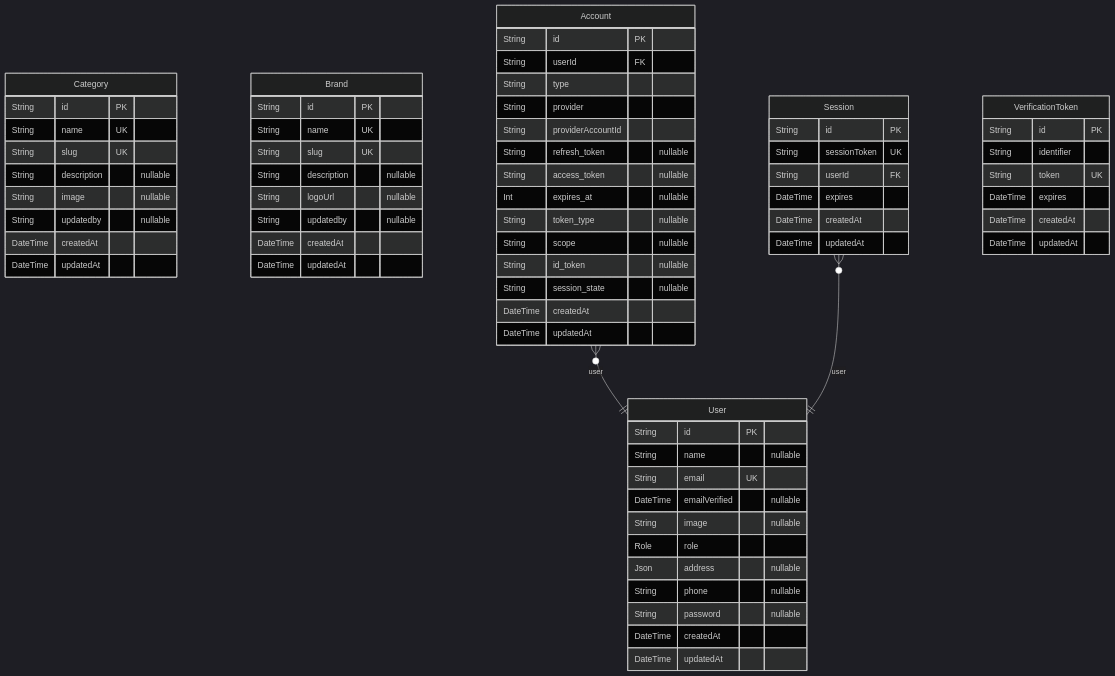
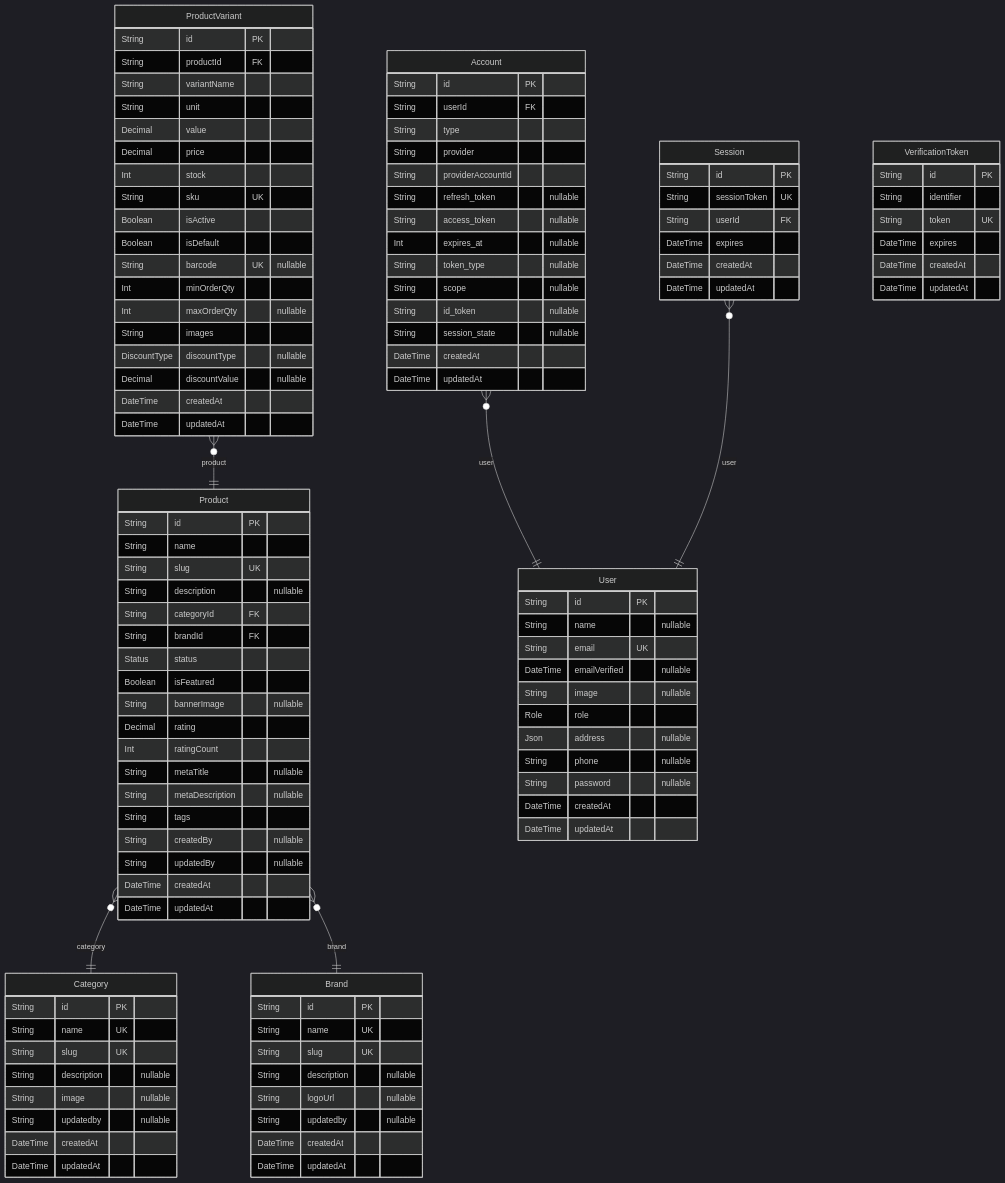
Before and after one commit to jjaijg/ssb-store: the diagram in prisma/ERD.md, drawn with Mermaid (dark theme). The commit also changed other lines of this file and 3 other files, not shown here.

Commit message:
Added producy prisma schema and seed data

````diff
--- a/prisma/ERD.md
+++ b/prisma/ERD.md
@@ -23,6 +23,46 @@
   String description "nullable"
   String logoUrl "nullable"
   String updatedby "nullable"
+  DateTime createdAt
+  DateTime updatedAt
+}
+"Product" {
+  String id PK
+  String name
+  String slug UK
+  String description "nullable"
+  String categoryId FK
+  String brandId FK
+  Status status
+  Boolean isFeatured
+  String bannerImage "nullable"
+  Decimal rating
+  Int ratingCount
+  String metaTitle "nullable"
+  String metaDescription "nullable"
+  String tags
+  String createdBy "nullable"
+  String updatedBy "nullable"
+  DateTime createdAt
+  DateTime updatedAt
+}
+"ProductVariant" {
+  String id PK
+  String productId FK
+  String variantName
+  String unit
+  Decimal value
+  Decimal price
+  Int stock
+  String sku UK
+  Boolean isActive
+  Boolean isDefault
+  String barcode UK "nullable"
+  Int minOrderQty
+  Int maxOrderQty "nullable"
+  String images
+  DiscountType discountType "nullable"
+  Decimal discountValue "nullable"
   DateTime createdAt
   DateTime updatedAt
 }
@@ -71,6 +111,9 @@
   DateTime createdAt
   DateTime updatedAt
 }
+"Product" }o--|| "Category" : category
+"Product" }o--|| "Brand" : brand
+"ProductVariant" }o--|| "Product" : product
 "Account" }o--|| "User" : user
 "Session" }o--|| "User" : user
 ```
````
